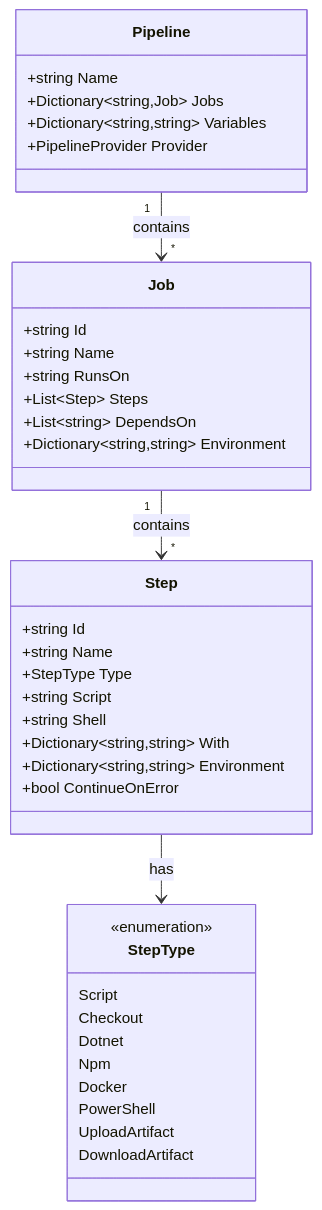
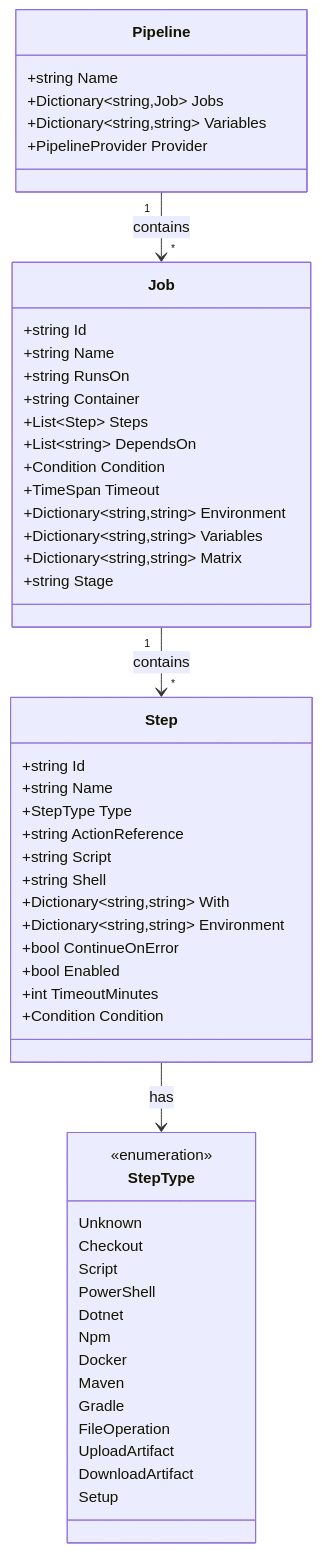
The second of 6 diagrams in docs/developers/architecture/system-overview.md (AdamWyatt34/PDK), drawn with Mermaid before and after one commit. The commit also changed 13 other files, not shown here.

````diff
--- a/docs/developers/architecture/system-overview.md
+++ b/docs/developers/architecture/system-overview.md
@@ -158,45 +158,60 @@
 ```mermaid
 classDiagram
     class Pipeline {
         +string Name
         +Dictionary~string,Job~ Jobs
         +Dictionary~string,string~ Variables
         +PipelineProvider Provider
     }
 
     class Job {
         +string Id
         +string Name
         +string RunsOn
+        +string Container
         +List~Step~ Steps
         +List~string~ DependsOn
+        +Condition Condition
+        +TimeSpan Timeout
         +Dictionary~string,string~ Environment
+        +Dictionary~string,string~ Variables
+        +Dictionary~string,string~ Matrix
+        +string Stage
     }
 
     class Step {
         +string Id
         +string Name
         +StepType Type
+        +string ActionReference
         +string Script
         +string Shell
         +Dictionary~string,string~ With
         +Dictionary~string,string~ Environment
         +bool ContinueOnError
+        +bool Enabled
+        +int TimeoutMinutes
+        +Condition Condition
     }
 
     class StepType {
         <<enumeration>>
+        Unknown
+        Checkout
         Script
-        Checkout
+        PowerShell
         Dotnet
         Npm
         Docker
-        PowerShell
+        Maven
+        Gradle
+        FileOperation
         UploadArtifact
         DownloadArtifact
+        Setup
     }
 
     Pipeline "1" --> "*" Job : contains
     Job "1" --> "*" Step : contains
     Step --> StepType : has
 ```
````
